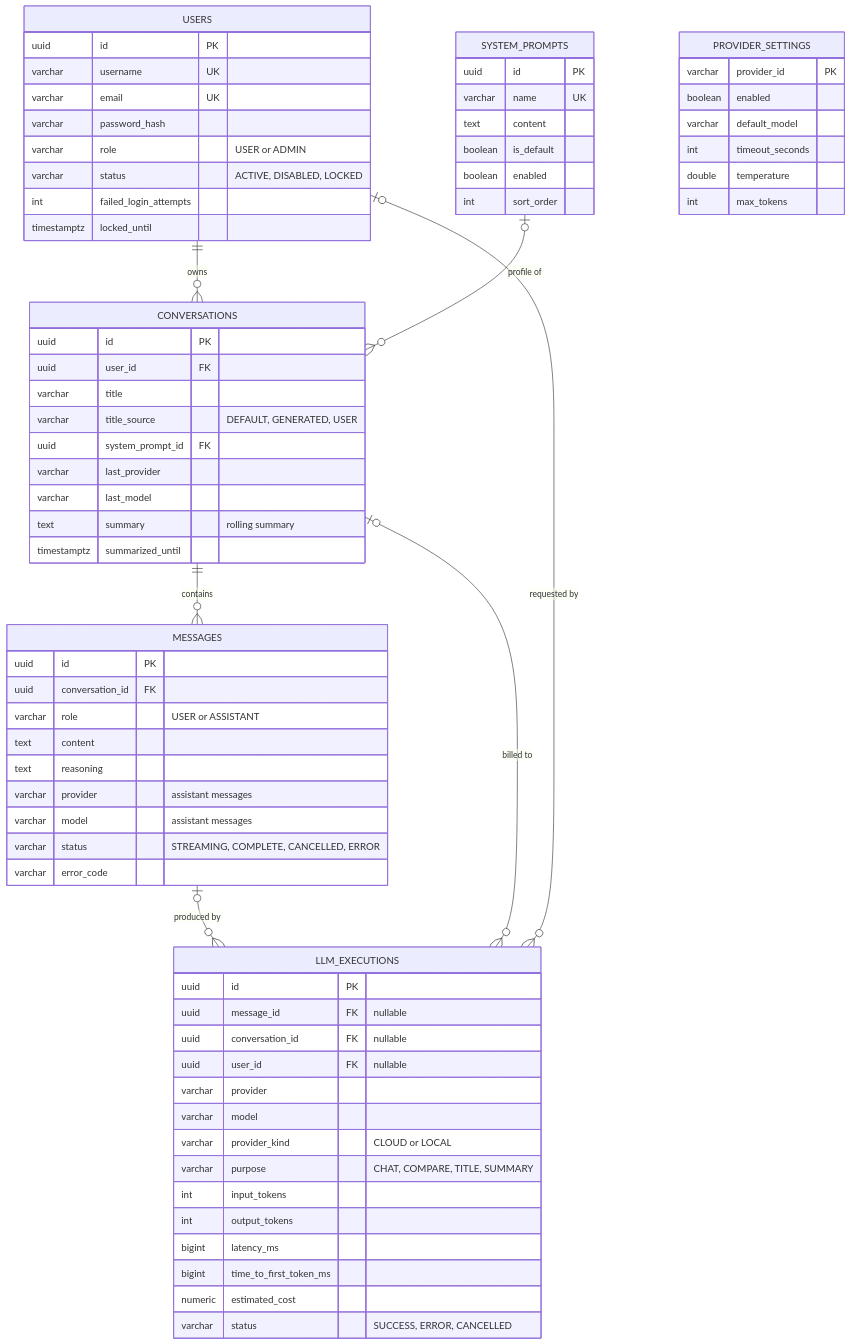
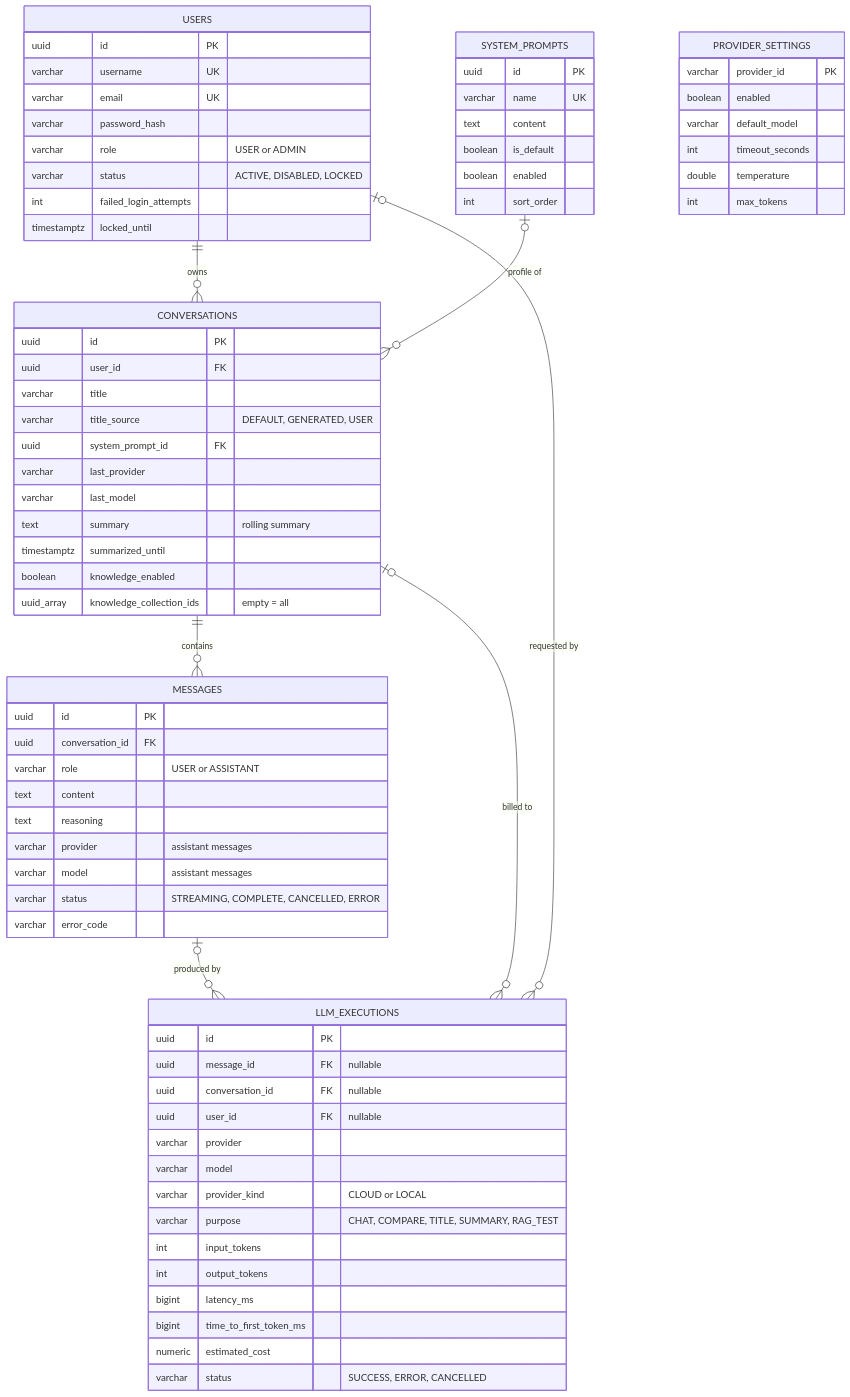
Before and after one commit to minhaj86/multi-llm-chat-agent: diagram 15 of 15 in docs/architecture.md, drawn with Mermaid. The commit also changed other lines of this file and 196 other files, not shown here.

Commit message:
Add RAG knowledge base support

````diff
--- a/docs/architecture.md
+++ b/docs/architecture.md
@@ -413,74 +712,76 @@
 ```mermaid
 erDiagram
     USERS ||--o{ CONVERSATIONS : owns
     CONVERSATIONS ||--o{ MESSAGES : contains
     SYSTEM_PROMPTS |o--o{ CONVERSATIONS : "profile of"
     MESSAGES |o--o{ LLM_EXECUTIONS : "produced by"
     CONVERSATIONS |o--o{ LLM_EXECUTIONS : "billed to"
     USERS |o--o{ LLM_EXECUTIONS : "requested by"
 
     USERS {
         uuid id PK
         varchar username UK
         varchar email UK
         varchar password_hash
         varchar role "USER or ADMIN"
         varchar status "ACTIVE, DISABLED, LOCKED"
         int failed_login_attempts
         timestamptz locked_until
     }
     CONVERSATIONS {
         uuid id PK
         uuid user_id FK
         varchar title
         varchar title_source "DEFAULT, GENERATED, USER"
         uuid system_prompt_id FK
         varchar last_provider
         varchar last_model
         text summary "rolling summary"
         timestamptz summarized_until
+        boolean knowledge_enabled
+        uuid_array knowledge_collection_ids "empty = all"
     }
     MESSAGES {
         uuid id PK
         uuid conversation_id FK
         varchar role "USER or ASSISTANT"
         text content
         text reasoning
         varchar provider "assistant messages"
         varchar model "assistant messages"
         varchar status "STREAMING, COMPLETE, CANCELLED, ERROR"
         varchar error_code
     }
     LLM_EXECUTIONS {
         uuid id PK
         uuid message_id FK "nullable"
         uuid conversation_id FK "nullable"
         uuid user_id FK "nullable"
         varchar provider
         varchar model
         varchar provider_kind "CLOUD or LOCAL"
-        varchar purpose "CHAT, COMPARE, TITLE, SUMMARY"
+        varchar purpose "CHAT, COMPARE, TITLE, SUMMARY, RAG_TEST"
         int input_tokens
         int output_tokens
         bigint latency_ms
         bigint time_to_first_token_ms
         numeric estimated_cost
         varchar status "SUCCESS, ERROR, CANCELLED"
     }
     SYSTEM_PROMPTS {
         uuid id PK
         varchar name UK
         text content
         boolean is_default
         boolean enabled
         int sort_order
     }
     PROVIDER_SETTINGS {
         varchar provider_id PK
         boolean enabled
         varchar default_model
         int timeout_seconds
         double temperature
         int max_tokens
     }
 ```
````
